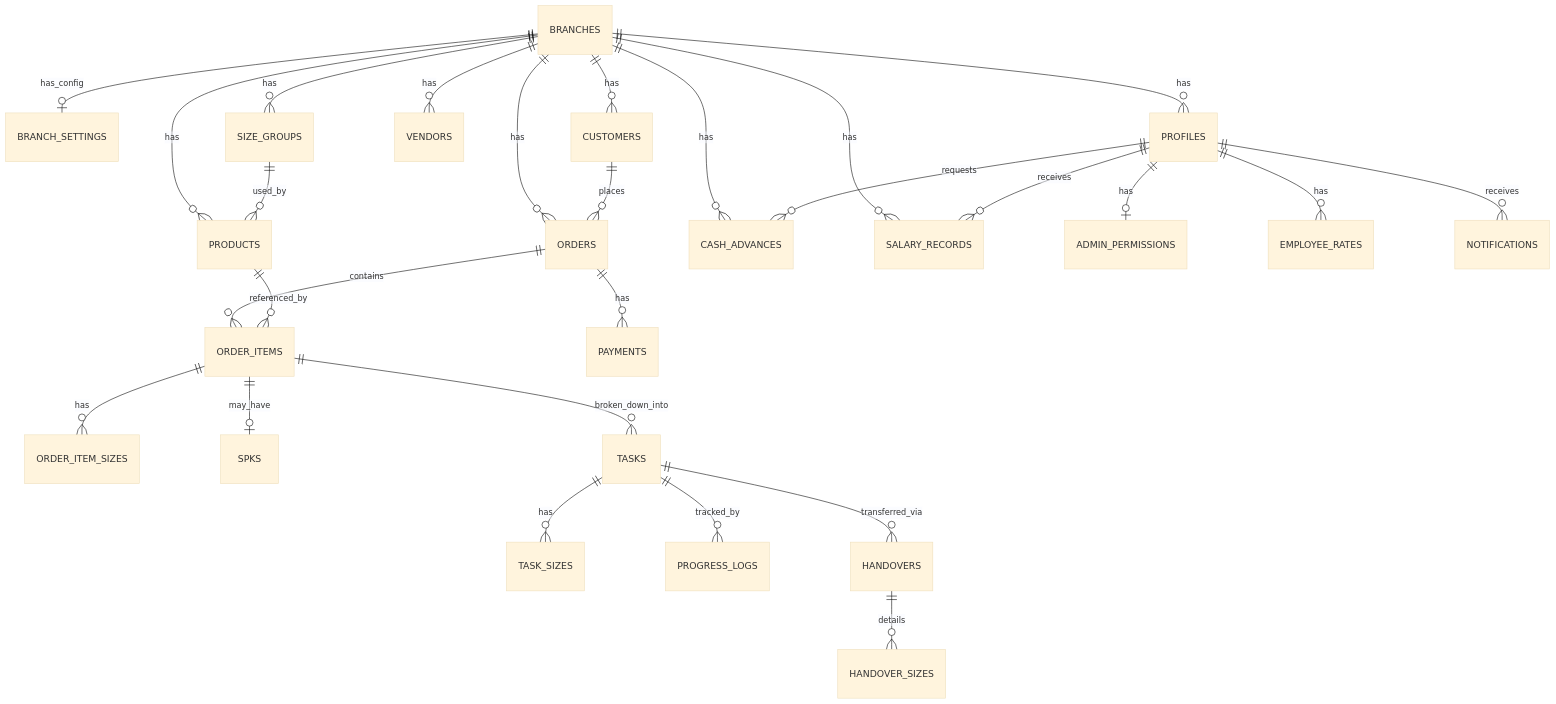
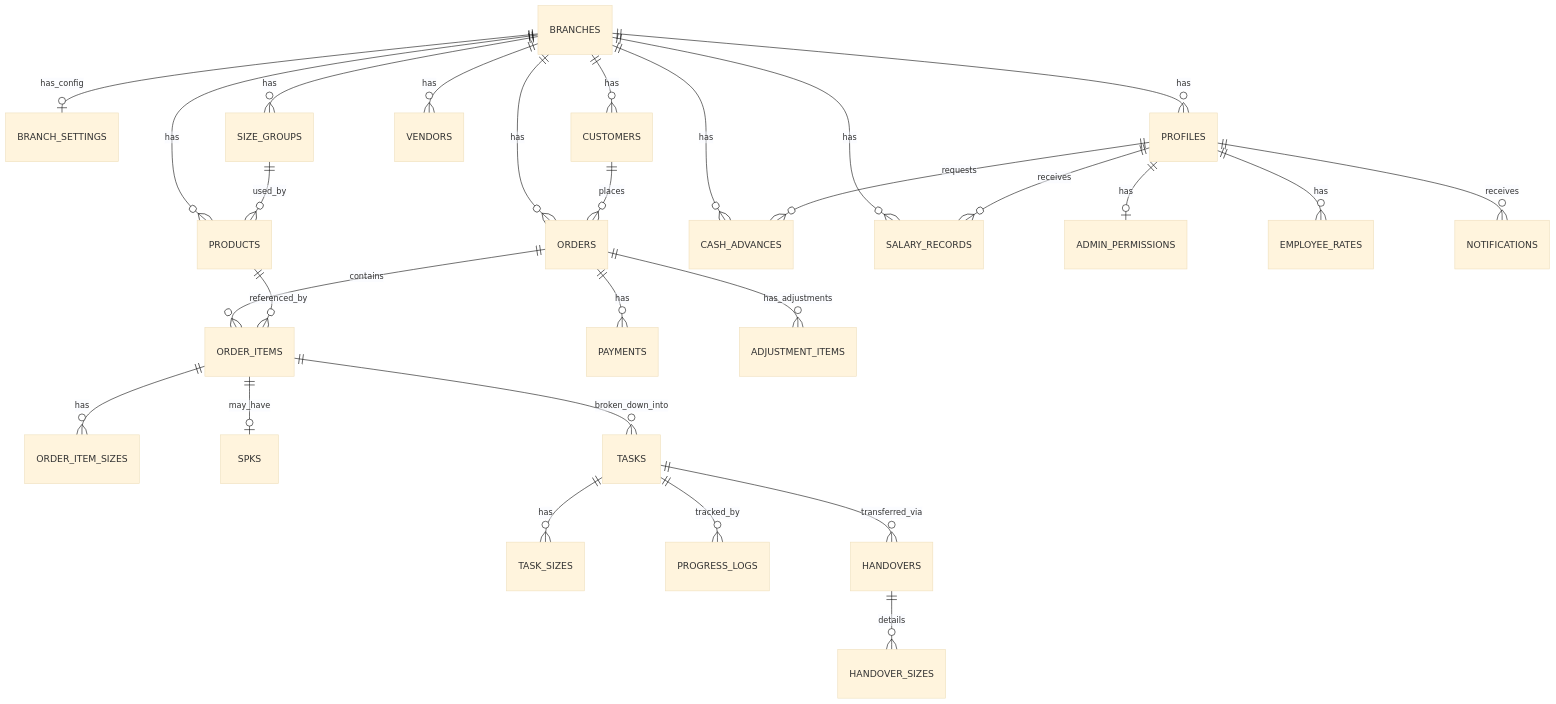
Before and after one commit to rakyandita/konveksio-v2: the diagram in docs/data_model.md, drawn with Mermaid (base theme). The commit also changed other lines of this file and 50 other files, not shown here.

````diff
--- a/docs/data_model.md
+++ b/docs/data_model.md
@@ -25,36 +25,37 @@
 ```mermaid
 erDiagram
     BRANCHES ||--o| BRANCH_SETTINGS : "has_config"
     BRANCHES ||--o{ PROFILES : "has"
     BRANCHES ||--o{ SIZE_GROUPS : "has"
     BRANCHES ||--o{ PRODUCTS : "has"
     BRANCHES ||--o{ VENDORS : "has"
     BRANCHES ||--o{ CUSTOMERS : "has"
     BRANCHES ||--o{ ORDERS : "has"
     BRANCHES ||--o{ CASH_ADVANCES : "has"
     BRANCHES ||--o{ SALARY_RECORDS : "has"
 
     PROFILES ||--o| ADMIN_PERMISSIONS : "has"
     PROFILES ||--o{ EMPLOYEE_RATES : "has"
     PROFILES ||--o{ NOTIFICATIONS : "receives"
 
     CUSTOMERS ||--o{ ORDERS : "places"
     ORDERS ||--o{ ORDER_ITEMS : "contains"
     ORDERS ||--o{ PAYMENTS : "has"
+    ORDERS ||--o{ ADJUSTMENT_ITEMS : "has_adjustments"
 
     PRODUCTS ||--o{ ORDER_ITEMS : "referenced_by"
     SIZE_GROUPS ||--o{ PRODUCTS : "used_by"
 
     ORDER_ITEMS ||--o{ ORDER_ITEM_SIZES : "has"
     ORDER_ITEMS ||--o| SPKS : "may_have"
     ORDER_ITEMS ||--o{ TASKS : "broken_down_into"
 
     TASKS ||--o{ TASK_SIZES : "has"
     TASKS ||--o{ PROGRESS_LOGS : "tracked_by"
     TASKS ||--o{ HANDOVERS : "transferred_via"
 
     HANDOVERS ||--o{ HANDOVER_SIZES : "details"
 
     PROFILES ||--o{ CASH_ADVANCES : "requests"
     PROFILES ||--o{ SALARY_RECORDS : "receives"
 ```
````
